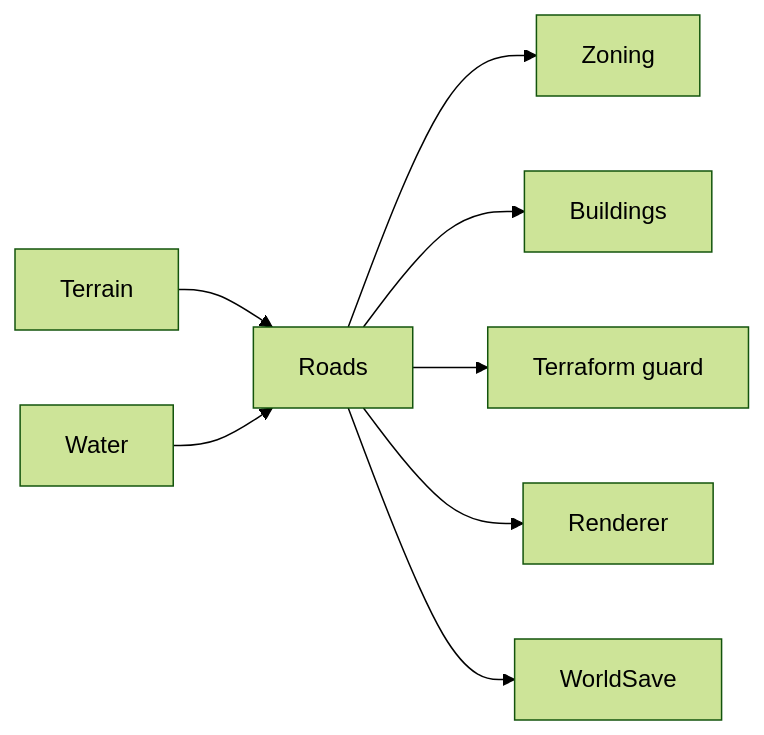
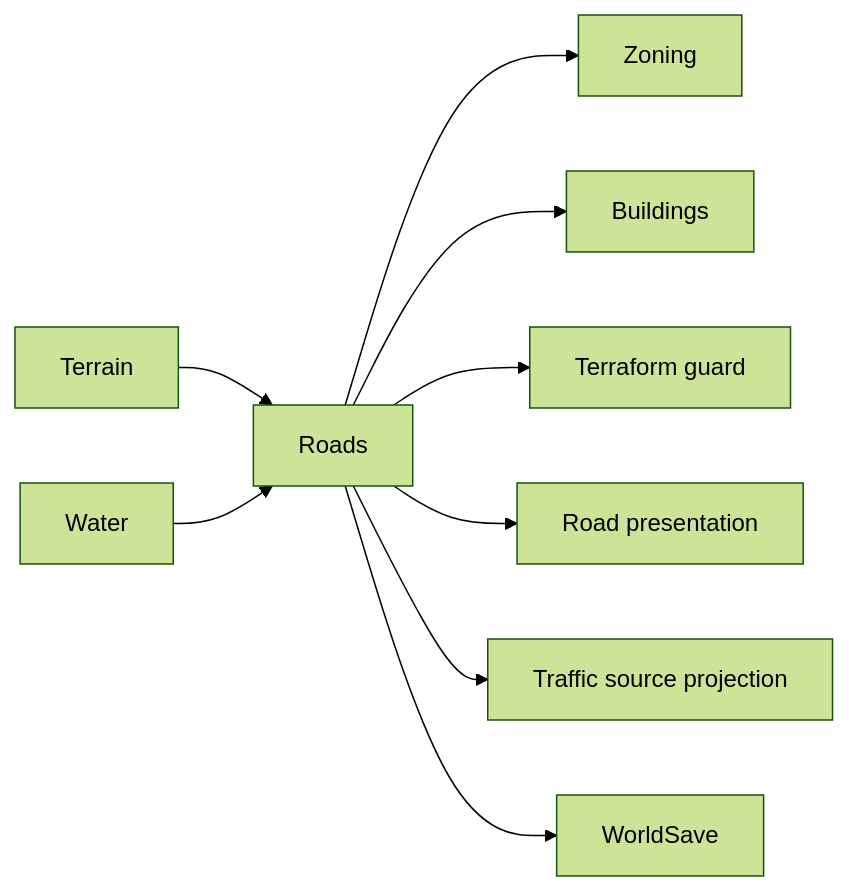
One commit to petechatchawan/web-three-city changed the diagram in docs/systems/roads/README.md. Above: the diagram before and after it, drawn with Mermaid (forest theme). The commit also changed other lines of this file, not shown here.

Commit message:
docs(roads): hand off Road Type Authority v1

````diff
--- a/docs/systems/roads/README.md
+++ b/docs/systems/roads/README.md
@@ -43,10 +66,11 @@
 ```mermaid
 flowchart LR
   Terrain --> Roads
   Water --> Roads
   Roads --> Zoning
   Roads --> Buildings
   Roads --> TerraformGuard[Terraform guard]
-  Roads --> Renderer
+  Roads --> RoadRenderer[Road presentation]
+  Roads --> TrafficProjection[Traffic source projection]
   Roads --> WorldSave
 ```
````
